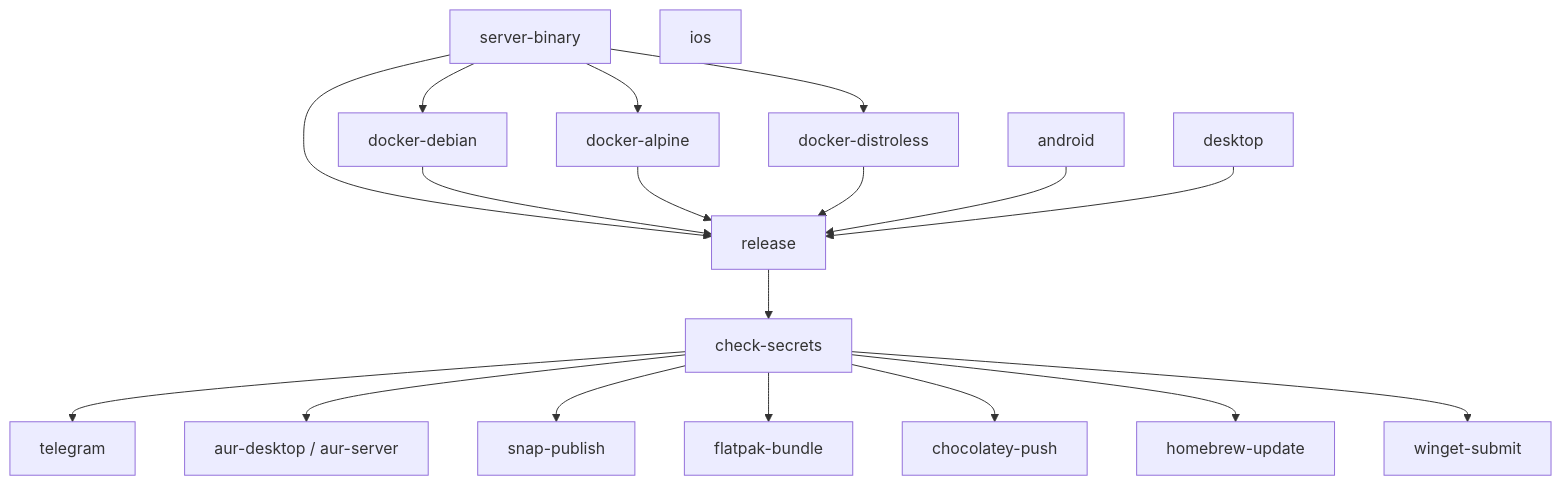
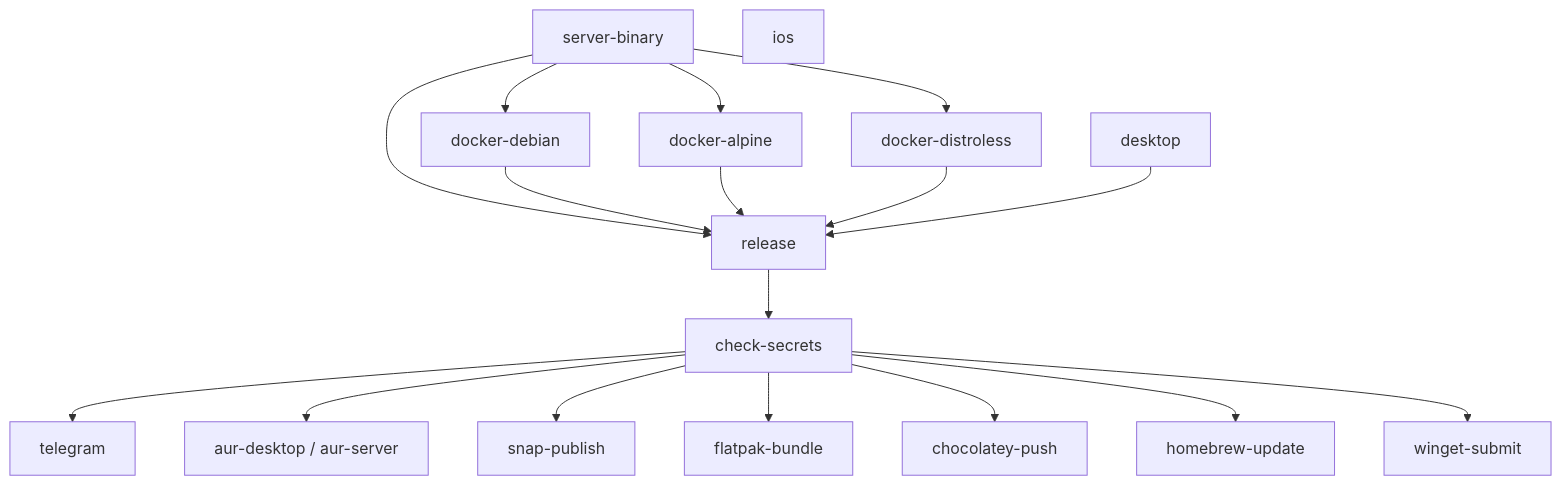
Before and after one commit to themadorg/bedrud: the fifth of 5 diagrams in docs/developer/ci.md, drawn with Mermaid. The commit also changed other lines of this file and 3 other files, not shown here.

````diff
--- a/docs/developer/ci.md
+++ b/docs/developer/ci.md
@@ -243,18 +243,17 @@
 ```mermaid
 flowchart TB
   SB[server-binary] --> D1[docker-debian]
   SB --> D2[docker-alpine]
   SB --> D3[docker-distroless]
-  A[android]
   I[ios]
   Desk[desktop]
-  SB & D1 & D2 & D3 & A & Desk --> R[release]
+  SB & D1 & D2 & D3 & Desk --> R[release]
   R --> Sec[check-secrets]
   Sec --> Tel[telegram]
   Sec --> AUR[aur-desktop / aur-server]
   Sec --> Snap[snap-publish]
   Sec --> FP[flatpak-bundle]
   Sec --> Choco[chocolatey-push]
   Sec --> Brew[homebrew-update]
   Sec --> Winget[winget-submit]
 ```
````
